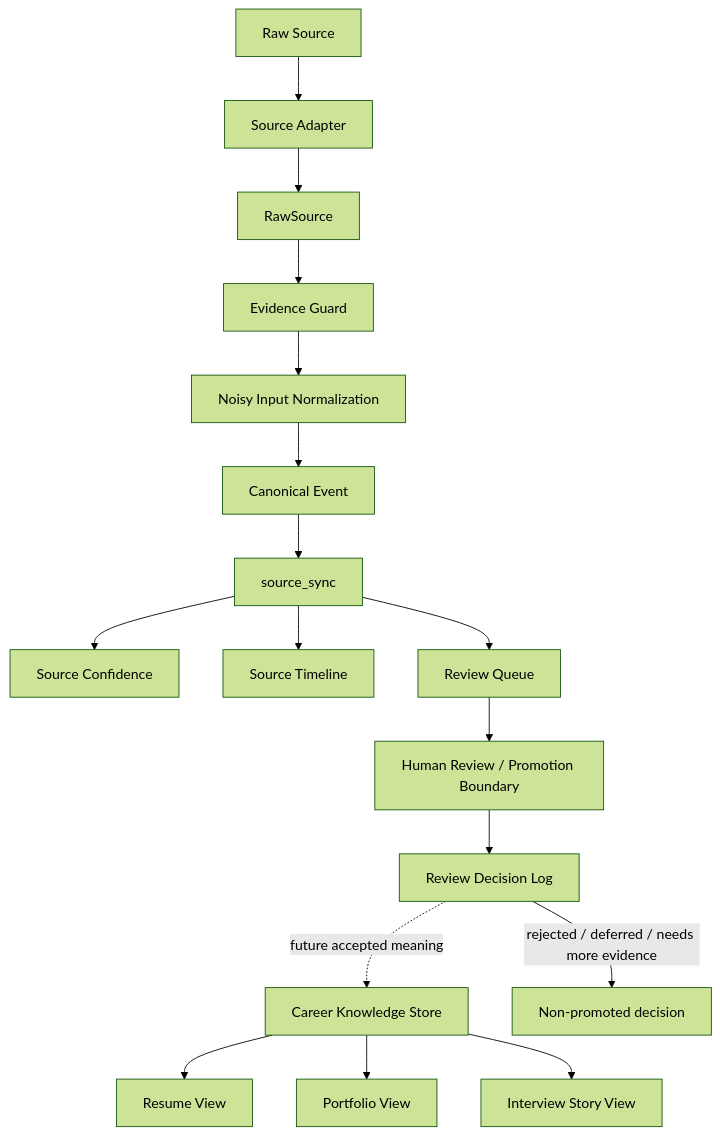
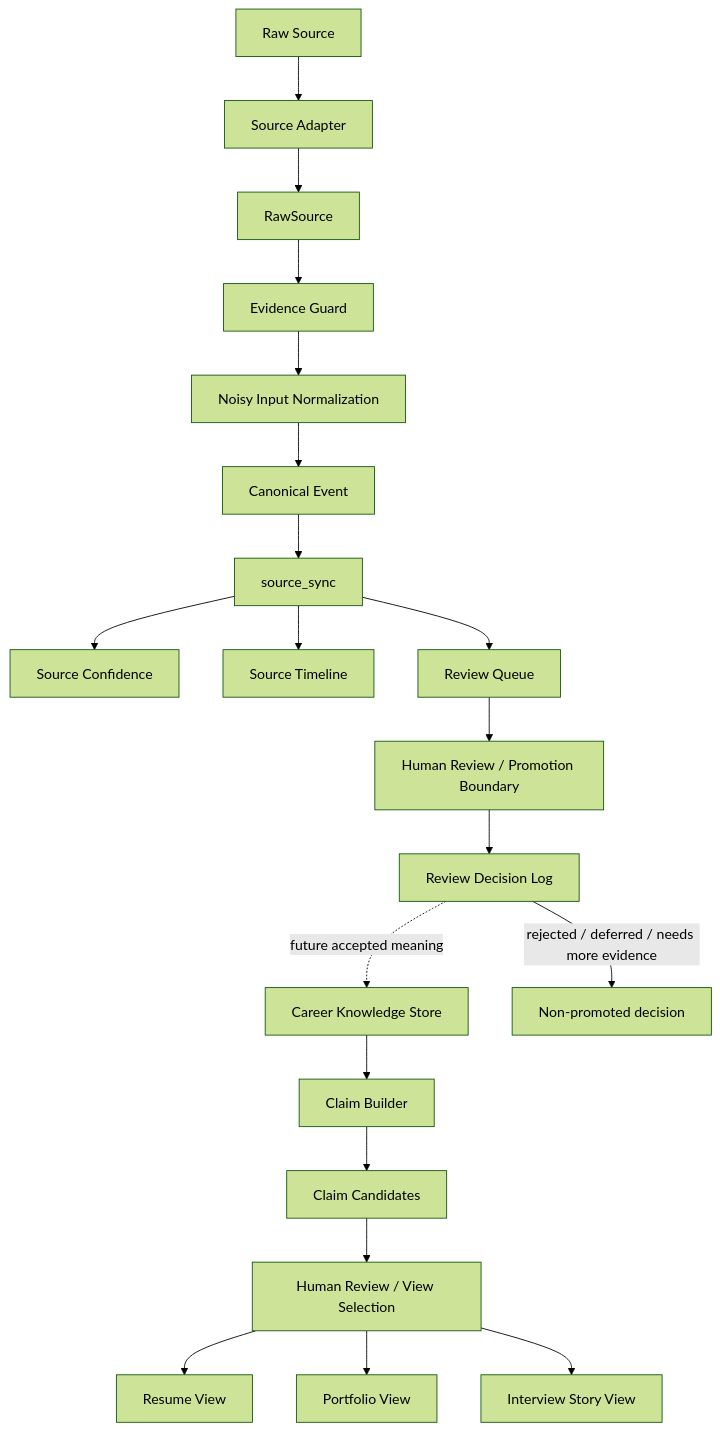
One commit to s-kyono/me-shower changed the diagram in docs/02_architecture.md. Above: the diagram before and after it, drawn with Mermaid (forest theme). The commit also changed other lines of this file and 6 other files, not shown here.

Commit message:
Define Claim Builder boundary

````diff
--- a/docs/02_architecture.md
+++ b/docs/02_architecture.md
@@ -163,19 +181,22 @@
 ```mermaid
 flowchart TD
     A[Raw Source] --> B[Source Adapter]
     B --> C[RawSource]
     C --> D[Evidence Guard]
     D --> E[Noisy Input Normalization]
     E --> F[Canonical Event]
     F --> G[source_sync]
     G --> H[Source Confidence]
     G --> I[Source Timeline]
     G --> P[Review Queue]
     P --> J[Human Review / Promotion Boundary]
     J --> Q[Review Decision Log]
     Q -.->|future accepted meaning| K[Career Knowledge Store]
     Q -->|rejected / deferred / needs more evidence| N[Non-promoted decision]
-    K --> L[Resume View]
-    K --> M[Portfolio View]
-    K --> O[Interview Story View]
+    K --> R[Claim Builder]
+    R --> S[Claim Candidates]
+    S --> T[Human Review / View Selection]
+    T --> L[Resume View]
+    T --> M[Portfolio View]
+    T --> O[Interview Story View]
 ```
````
